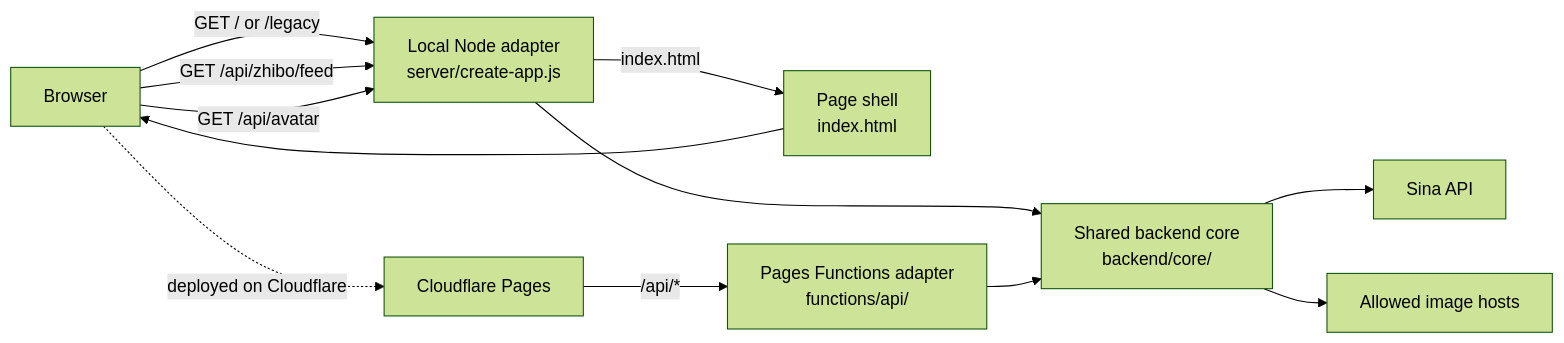
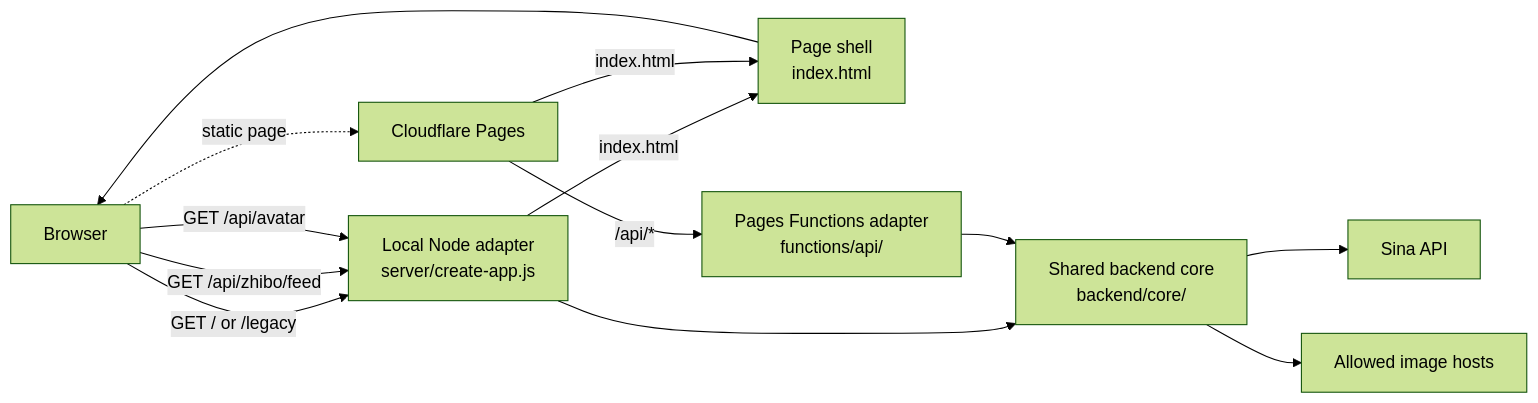
The first of 2 diagrams in ARCHITECTURE.md (virtuecho/sina7x24), drawn with Mermaid (forest theme) before and after one commit. The commit also changed other lines of this file and 2 other files, not shown here.

````diff
--- a/ARCHITECTURE.md
+++ b/ARCHITECTURE.md
@@ -20,18 +20,19 @@
 ```mermaid
 flowchart LR
   Browser["Browser"] -->|GET / or /legacy| Node["Local Node adapter<br/>server/create-app.js"]
   Node -->|index.html| Page["Page shell<br/>index.html"]
   Page --> Browser
 
   Browser -->|GET /api/zhibo/feed| Node
   Browser -->|GET /api/avatar| Node
 
-  Browser -. deployed on Cloudflare .-> Pages["Cloudflare Pages"]
+  Browser -. static page .-> Pages["Cloudflare Pages"]
+  Pages -->|index.html| Page
   Pages -->|/api/*| Functions["Pages Functions adapter<br/>functions/api/"]
 
   Node --> Core["Shared backend core<br/>backend/core/"]
   Functions --> Core
 
   Core --> Sina["Sina API"]
   Core --> Avatar["Allowed image hosts"]
 ```
````
